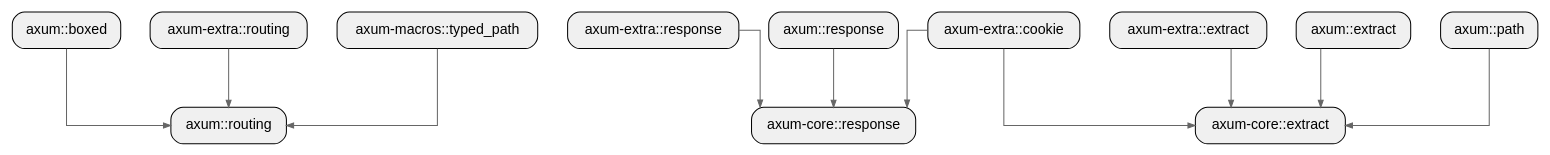
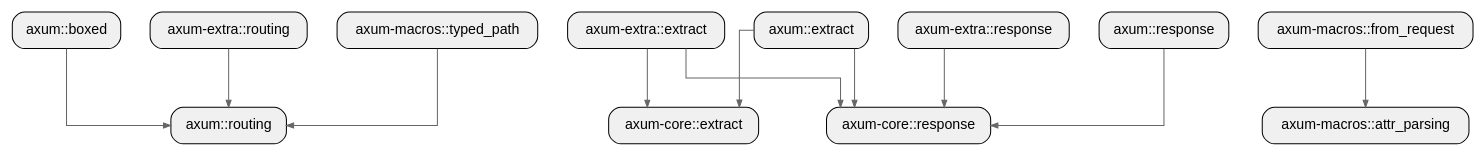
Before and after one commit to allenanswerzq/llmcc: the diagram in sample/rust/axum-pagerank/depth_2_module.dot, drawn with Graphviz. The commit also changed 374 other files, not shown here.

```diff
--- a/sample/rust/axum-pagerank/depth_2_module.dot
+++ b/sample/rust/axum-pagerank/depth_2_module.dot
@@ -1,39 +1,39 @@
 digraph architecture {
   // Layout settings
   rankdir=TB;
   ranksep=0.8;
   nodesep=0.4;
   splines=ortho;
   concentrate=true;
 
   node [shape=box, style="rounded,filled", fillcolor="#f0f0f0", fontname="Helvetica"];
   edge [color="#666666", arrowsize=0.7];
 
   labelloc=t;
   fontsize=16;
   fontname="Helvetica Bold";
 
   mod_axum_boxed[label="axum::boxed", folder="/home/yibai/llmcc/sample/repos/axum/axum/src"];
   mod_axum_core_extract[label="axum-core::extract", folder="/home/yibai/llmcc/sample/repos/axum/axum-core/src/extract"];
   mod_axum_core_response[label="axum-core::response", folder="/home/yibai/llmcc/sample/repos/axum/axum-core/src/response"];
-  mod_axum_extra_cookie[label="axum-extra::cookie", folder="/home/yibai/llmcc/sample/repos/axum/axum-extra/src/extract/cookie"];
   mod_axum_extra_extract[label="axum-extra::extract", folder="/home/yibai/llmcc/sample/repos/axum/axum-extra/src/extract"];
   mod_axum_extra_response[label="axum-extra::response", folder="/home/yibai/llmcc/sample/repos/axum/axum-extra/src/response"];
   mod_axum_extra_routing[label="axum-extra::routing", folder="/home/yibai/llmcc/sample/repos/axum/axum-extra/src/routing"];
   mod_axum_extract[label="axum::extract", folder="/home/yibai/llmcc/sample/repos/axum/axum/src/extract"];
+  mod_axum_macros_attr_parsing[label="axum-macros::attr_parsing", folder="/home/yibai/llmcc/sample/repos/axum/axum-macros/src"];
+  mod_axum_macros_from_request[label="axum-macros::from_request", folder="/home/yibai/llmcc/sample/repos/axum/axum-macros/src/from_request"];
   mod_axum_macros_typed_path[label="axum-macros::typed_path", folder="/home/yibai/llmcc/sample/repos/axum/axum-macros/src"];
-  mod_axum_path[label="axum::path", folder="/home/yibai/llmcc/sample/repos/axum/axum/src/extract/path"];
   mod_axum_response[label="axum::response", folder="/home/yibai/llmcc/sample/repos/axum/axum/src/response"];
   mod_axum_routing[label="axum::routing", folder="/home/yibai/llmcc/sample/repos/axum/axum/src/routing"];
 
   mod_axum_boxed -> mod_axum_routing;
-  mod_axum_extra_cookie -> mod_axum_core_extract;
-  mod_axum_extra_cookie -> mod_axum_core_response;
   mod_axum_extra_extract -> mod_axum_core_extract;
+  mod_axum_extra_extract -> mod_axum_core_response;
   mod_axum_extra_response -> mod_axum_core_response;
   mod_axum_extra_routing -> mod_axum_routing;
   mod_axum_extract -> mod_axum_core_extract;
+  mod_axum_extract -> mod_axum_core_response;
+  mod_axum_macros_from_request -> mod_axum_macros_attr_parsing;
   mod_axum_macros_typed_path -> mod_axum_routing;
-  mod_axum_path -> mod_axum_core_extract;
   mod_axum_response -> mod_axum_core_response;
 }
```
